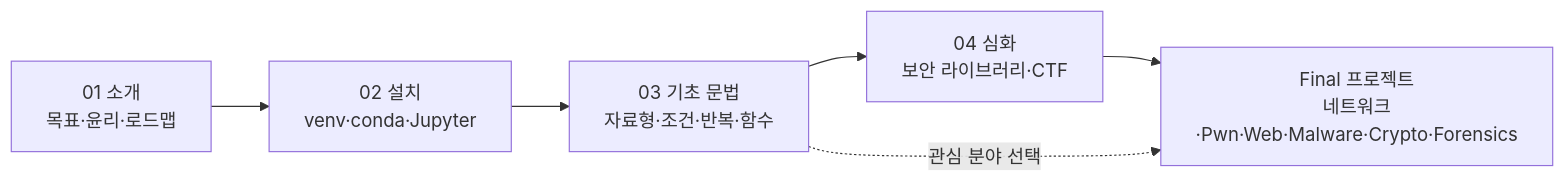
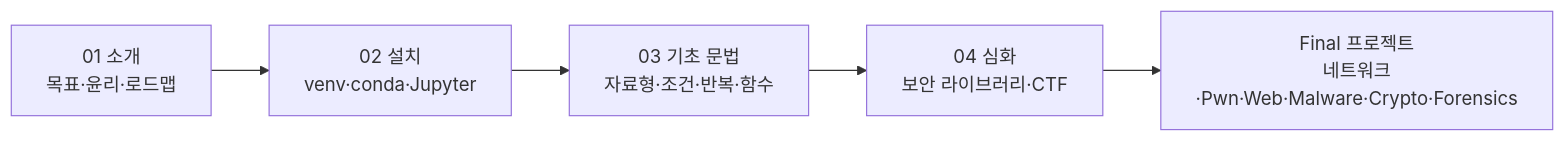
Before and after one commit to zxz3650/Python: the diagram in 01-python-intro.md, drawn with Mermaid. The commit also changed other lines of this file, not shown here.

Commit message:
Simplify curriculum roadmap flow

````diff
--- a/01-python-intro.md
+++ b/01-python-intro.md
@@ -36,8 +36,7 @@
 ```mermaid
 flowchart LR
     A["01 소개<br/>목표·윤리·로드맵"] --> B["02 설치<br/>venv·conda·Jupyter"]
     B --> C["03 기초 문법<br/>자료형·조건·반복·함수"]
     C --> D["04 심화<br/>보안 라이브러리·CTF"]
     D --> E["Final 프로젝트<br/>네트워크·Pwn·Web·Malware·Crypto·Forensics"]
-    C -. 관심 분야 선택 .-> E
 ```
````
